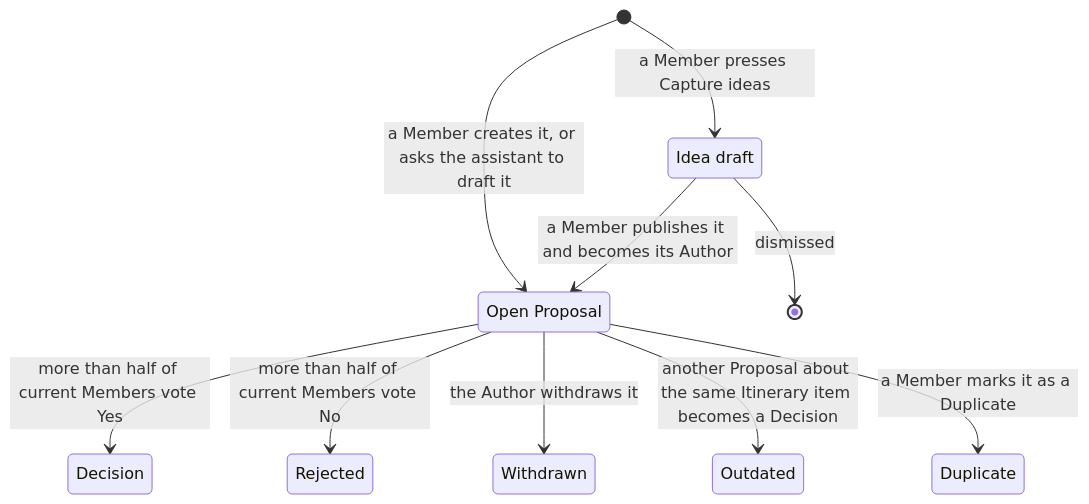
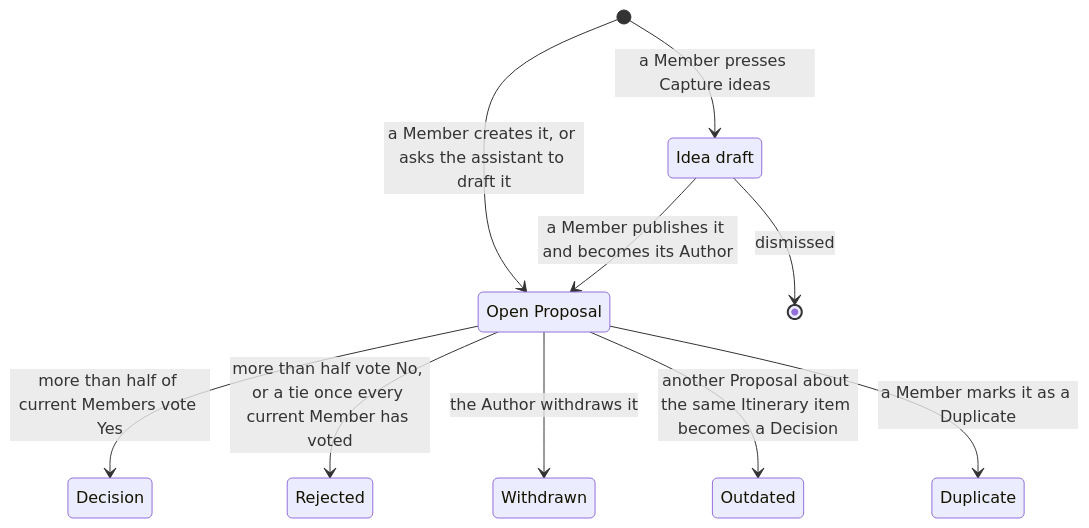
Before and after one commit to huynguyennang-agilityio/tripmate-docs: the second of 4 diagrams in prd.md, drawn with Mermaid. The commit also changed other lines of this file and 4 other files, not shown here.

````diff
--- a/prd.md
+++ b/prd.md
@@ -315,14 +335,14 @@
 ```mermaid
 stateDiagram-v2
     state "Idea draft" as Draft
     state "Open Proposal" as Open
     [*] --> Open: a Member creates it, or asks the assistant to draft it
     [*] --> Draft: a Member presses Capture ideas
     Draft --> Open: a Member publishes it and becomes its Author
     Draft --> [*]: dismissed
     Open --> Decision: more than half of current Members vote Yes
-    Open --> Rejected: more than half of current Members vote No
+    Open --> Rejected: more than half vote No, or a tie once every current Member has voted
     Open --> Withdrawn: the Author withdraws it
     Open --> Outdated: another Proposal about the same Itinerary item becomes a Decision
     Open --> Duplicate: a Member marks it as a Duplicate
 ```
````
